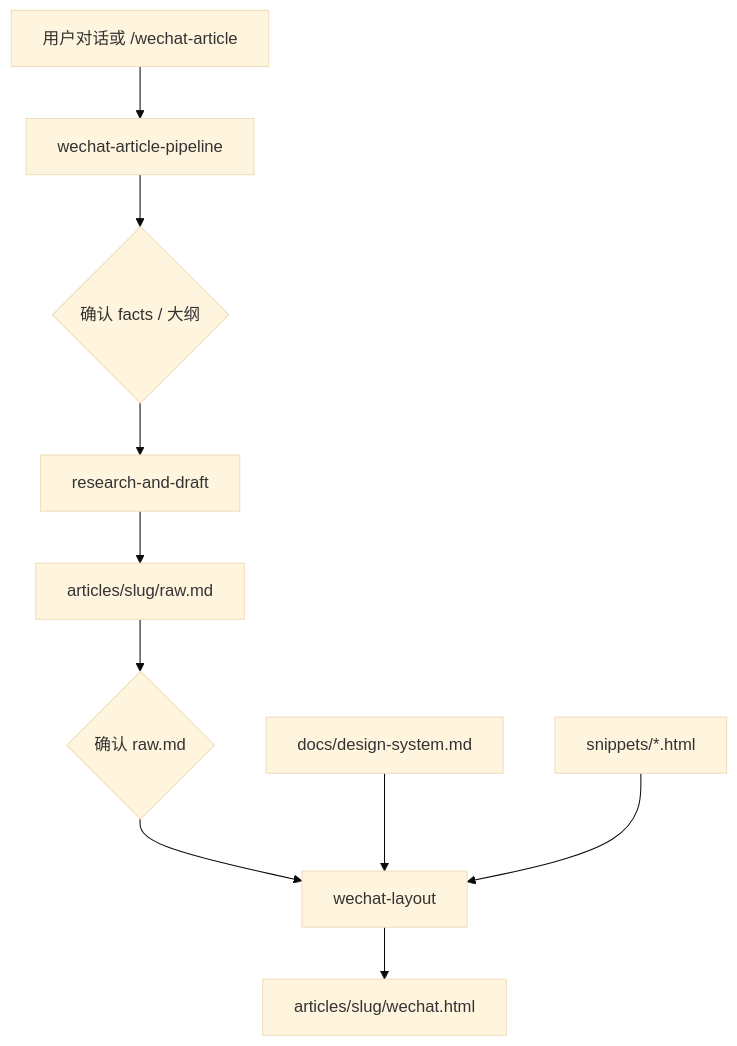
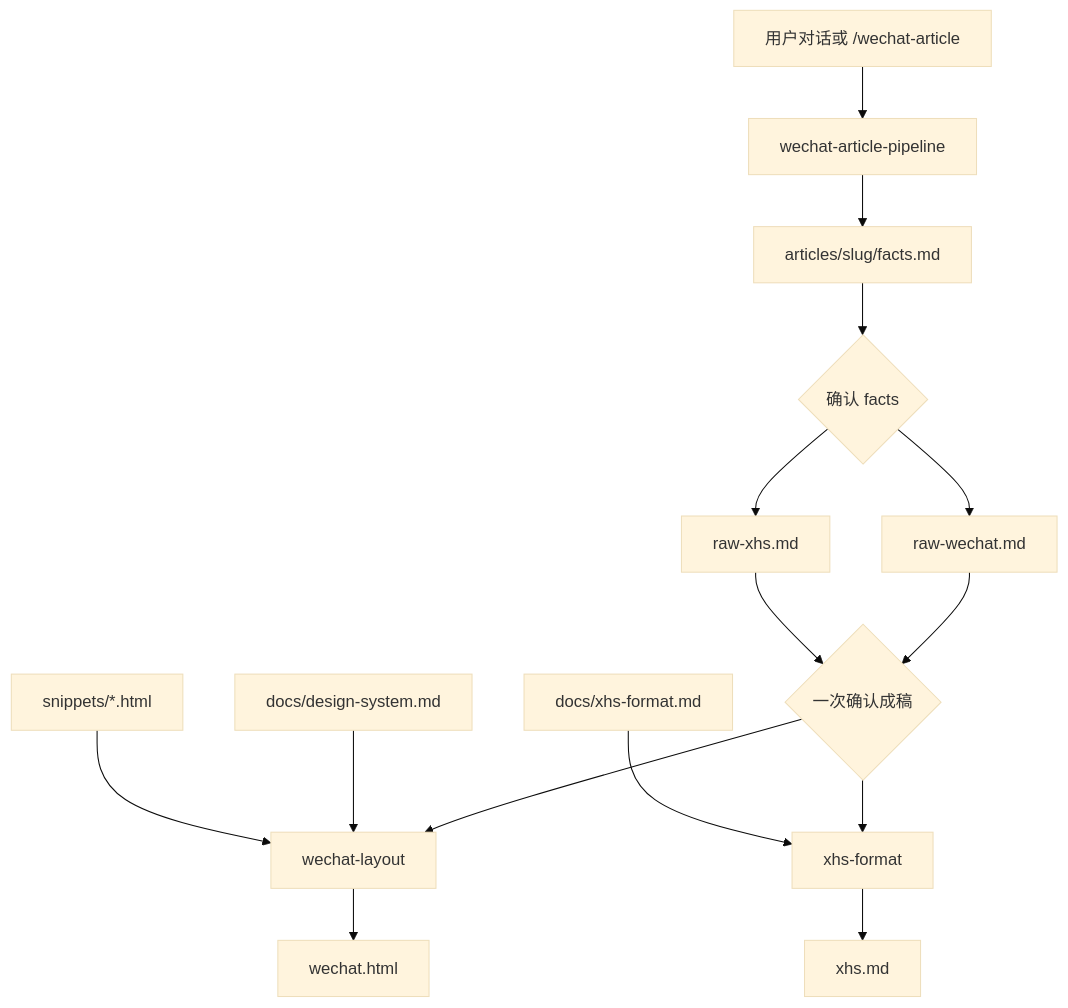
One commit to Bebe233/wechat-article-convertor changed the diagram in README.md. Above: the diagram before and after it, drawn with Mermaid (base theme). The commit also changed other lines of this file and 18 other files, not shown here.

````diff
--- a/README.md
+++ b/README.md
@@ -7,12 +7,17 @@
 ```mermaid
 flowchart TB
   user[用户对话或 /wechat-article] --> pipeline[wechat-article-pipeline]
-  pipeline --> gate1{确认 facts / 大纲}
-  gate1 --> draft[research-and-draft]
-  draft --> raw[articles/slug/raw.md]
-  raw --> gate2{确认 raw.md}
-  gate2 --> layout[wechat-layout]
-  layout --> html[articles/slug/wechat.html]
-  design[docs/design-system.md] --> layout
-  snippets[snippets/*.html] --> layout
+  pipeline --> facts[articles/slug/facts.md]
+  facts --> gate1{确认 facts}
+  gate1 --> rawW[raw-wechat.md]
+  gate1 --> rawX[raw-xhs.md]
+  rawW --> gate2{一次确认成稿}
+  rawX --> gate2
+  gate2 --> layoutW[wechat-layout]
+  gate2 --> layoutX[xhs-format]
+  layoutW --> html[wechat.html]
+  layoutX --> xhs[xhs.md]
+  design[docs/design-system.md] --> layoutW
+  xhsdoc[docs/xhs-format.md] --> layoutX
+  snippets[snippets/*.html] --> layoutW
 ```
````
